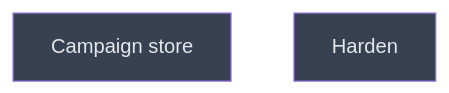
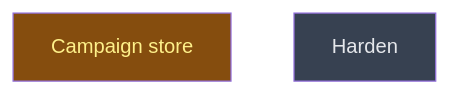
Before and after one commit to CrackingShells/cracking-shells-playbook: the diagram in __roadmap__/m1-core-foundation/settle/build/codec/store/README.md, drawn with Mermaid. The commit also changed other lines of this file and 1 other file, not shown here.

Commit message:
chore(roadmap): start the m1 campaign store

````diff
--- a/__roadmap__/m1-core-foundation/settle/build/codec/store/README.md
+++ b/__roadmap__/m1-core-foundation/settle/build/codec/store/README.md
@@ -17,10 +17,10 @@
 ```mermaid
 graph TD
-    campaign_store[Campaign store]:::planned
+    campaign_store[Campaign store]:::inprogress
     harden[Harden]:::planned
     classDef done       fill:#166534,color:#bbf7d0
     classDef inprogress fill:#854d0e,color:#fef08a
     classDef planned    fill:#374151,color:#e5e7eb
     classDef amendment  fill:#1e3a5f,color:#bfdbfe
     classDef blocked    fill:#7f1d1d,color:#fecaca
 ```
````
